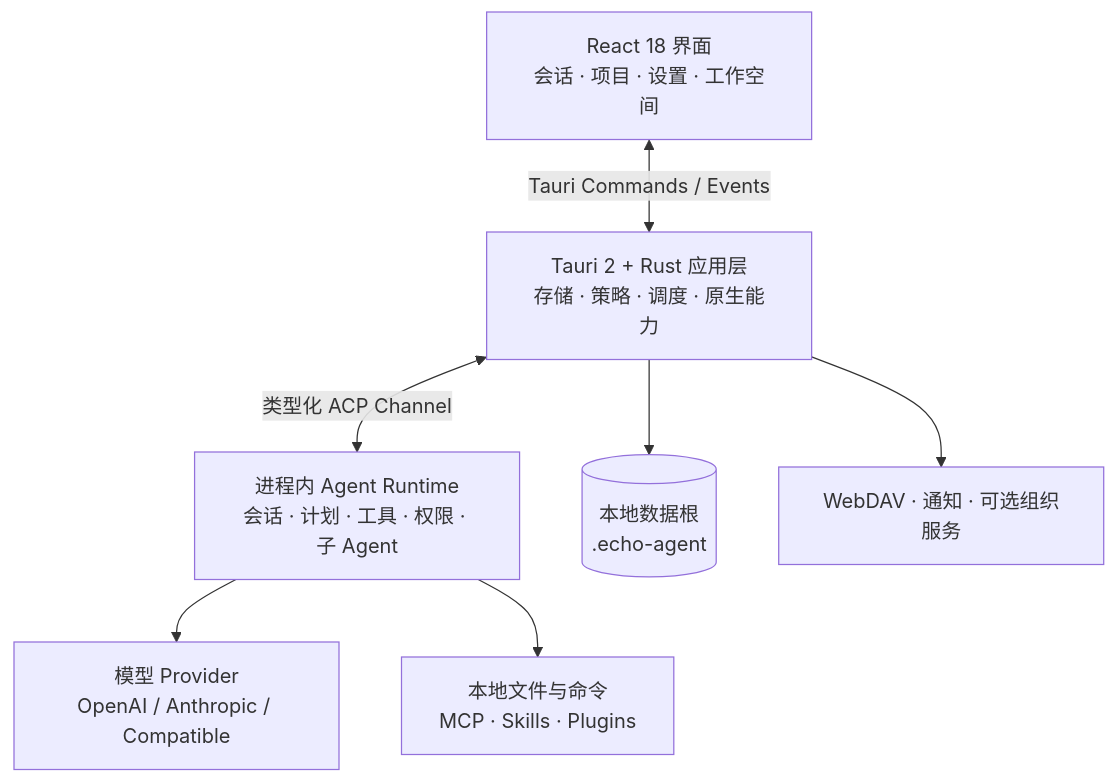
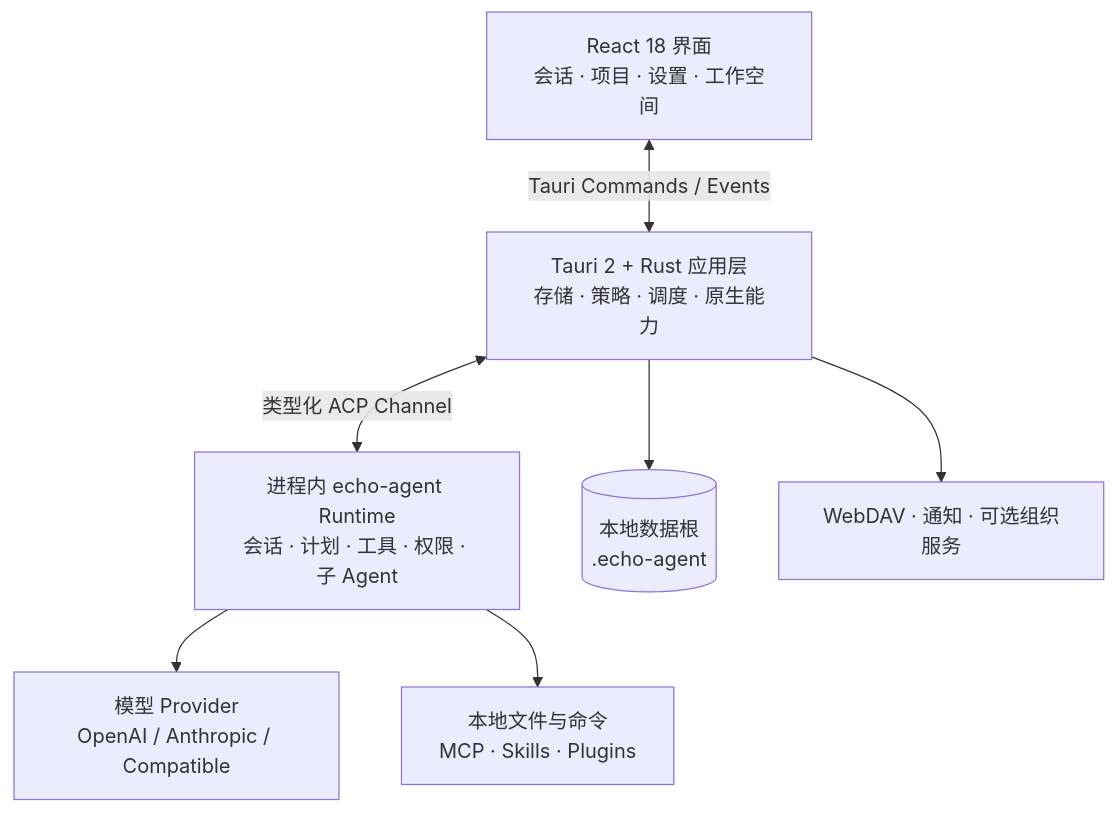
Before and after one commit to fuyuxiang/echo-agent-desktop: the second of 2 diagrams in README.md, drawn with Mermaid. The commit also changed other lines of this file and 8 other files, not shown here.

Commit message:
清理残留的旧品牌命名并统一为 echo-agent

````diff
--- a/README.md
+++ b/README.md
@@ -190,9 +192,9 @@
 ```mermaid
 flowchart TB
     UI[React 18 界面<br/>会话 · 项目 · 设置 · 工作空间] <-->|Tauri Commands / Events| HOST[Tauri 2 + Rust 应用层<br/>存储 · 策略 · 调度 · 原生能力]
-    HOST <-->|类型化 ACP Channel| RUNTIME[进程内 Agent Runtime<br/>会话 · 计划 · 工具 · 权限 · 子 Agent]
+    HOST <-->|类型化 ACP Channel| RUNTIME[进程内 echo-agent Runtime<br/>会话 · 计划 · 工具 · 权限 · 子 Agent]
     RUNTIME --> MODELS[模型 Provider<br/>OpenAI / Anthropic / Compatible]
     RUNTIME --> TOOLS[本地文件与命令<br/>MCP · Skills · Plugins]
     HOST --> DATA[(本地数据根<br/>.echo-agent)]
     HOST --> EXT[WebDAV · 通知 · 可选组织服务]
 ```
````
